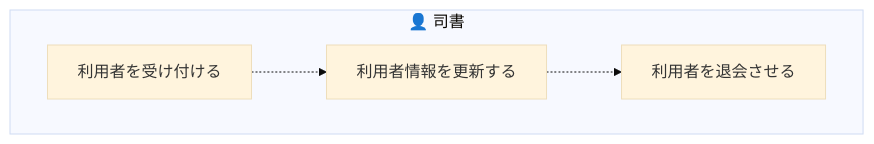
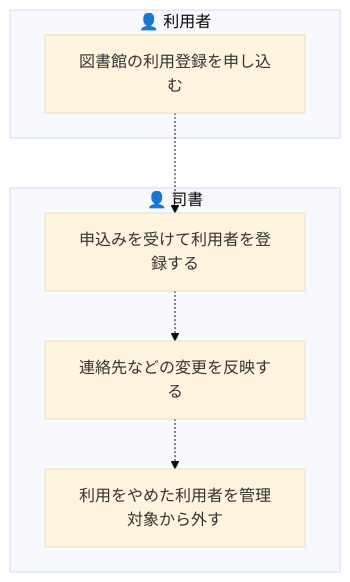
The third of 9 diagrams in samples/distillery2/library-loan/docs/requirements/rdra/views/03_業務フロー.md (suwa-sh/suwa-sh-claude-plugins), drawn with Mermaid (base theme) before and after one commit. The commit also changed other lines of this file and 249 other files, not shown here.

````diff
--- a/samples/distillery2/library-loan/docs/requirements/rdra/views/03_業務フロー.md
+++ b/samples/distillery2/library-loan/docs/requirements/rdra/views/03_業務フロー.md
@@ -58,10 +61,14 @@
 ```mermaid
 graph TD
-  subgraph LN1["👤 司書"]
-    AT1["利用者を受け付ける"]
-    AT2["利用者情報を更新する"]
-    AT3["利用者を退会させる"]
+  subgraph LN1["👤 利用者"]
+    AT1["図書館の利用登録を申し込む"]
+  end
+  subgraph LN2["👤 司書"]
+    AT2["申込みを受けて利用者を登録する"]
+    AT3["連絡先などの変更を反映する"]
+    AT4["利用をやめた利用者を管理対象から外す"]
   end
   AT1 -.-> AT2
   AT2 -.-> AT3
+  AT3 -.-> AT4
 ```
````
